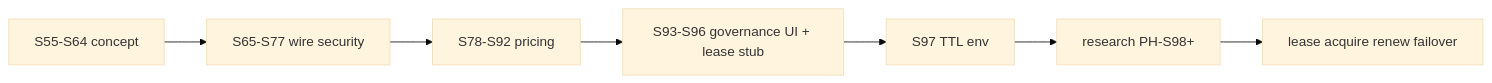
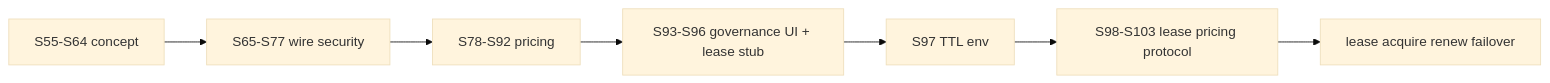
The diagram in docs/development/GALAXY_GRID_ROADMAP_2026-05-27.md (platinoff/poolAI), drawn with Mermaid (base theme) before and after one commit. The commit also changed other lines of this file and 12 other files, not shown here.

````diff
--- a/docs/development/GALAXY_GRID_ROADMAP_2026-05-27.md
+++ b/docs/development/GALAXY_GRID_ROADMAP_2026-05-27.md
@@ -86,9 +84,9 @@
 ```mermaid
 flowchart LR
   A[S55-S64 concept] --> B[S65-S77 wire security]
   B --> C[S78-S92 pricing]
   C --> D[S93-S96 governance UI + lease stub]
   D --> E[S97 TTL env]
-  E --> F[research PH-S98+]
+  E --> F[S98-S103 lease pricing protocol]
   F --> G[lease acquire renew failover]
 ```
````
